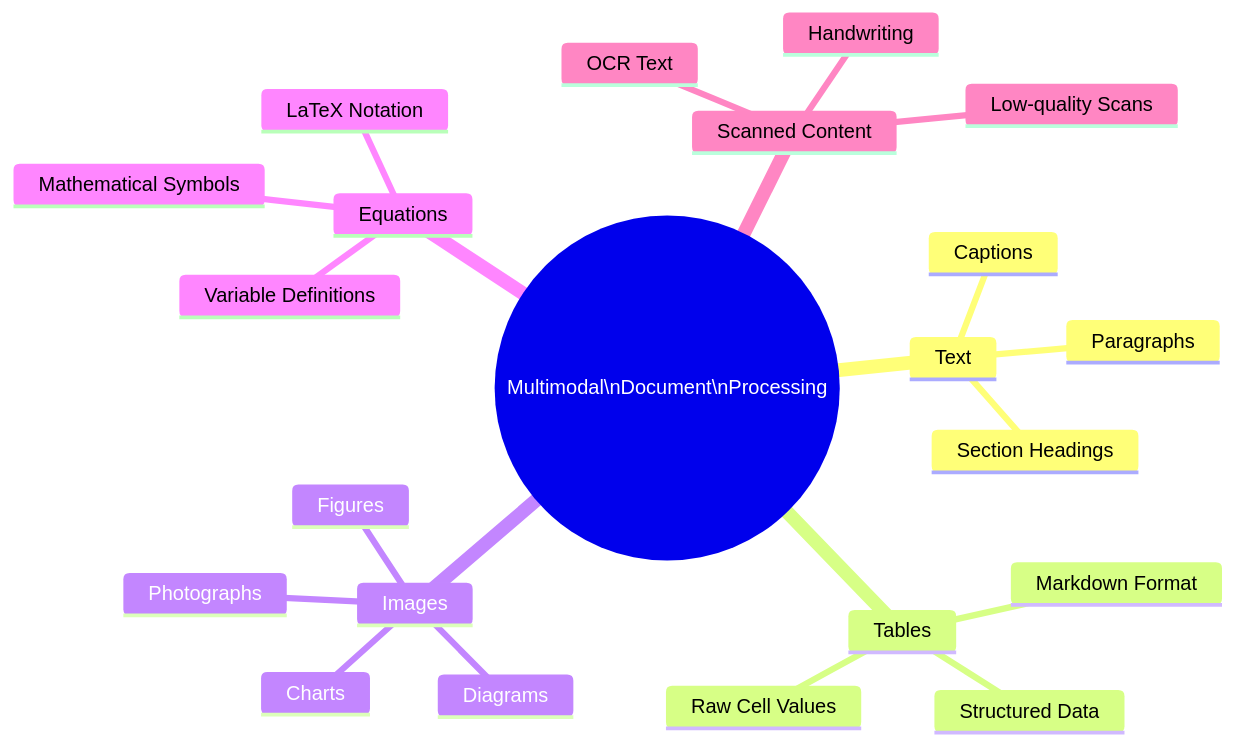
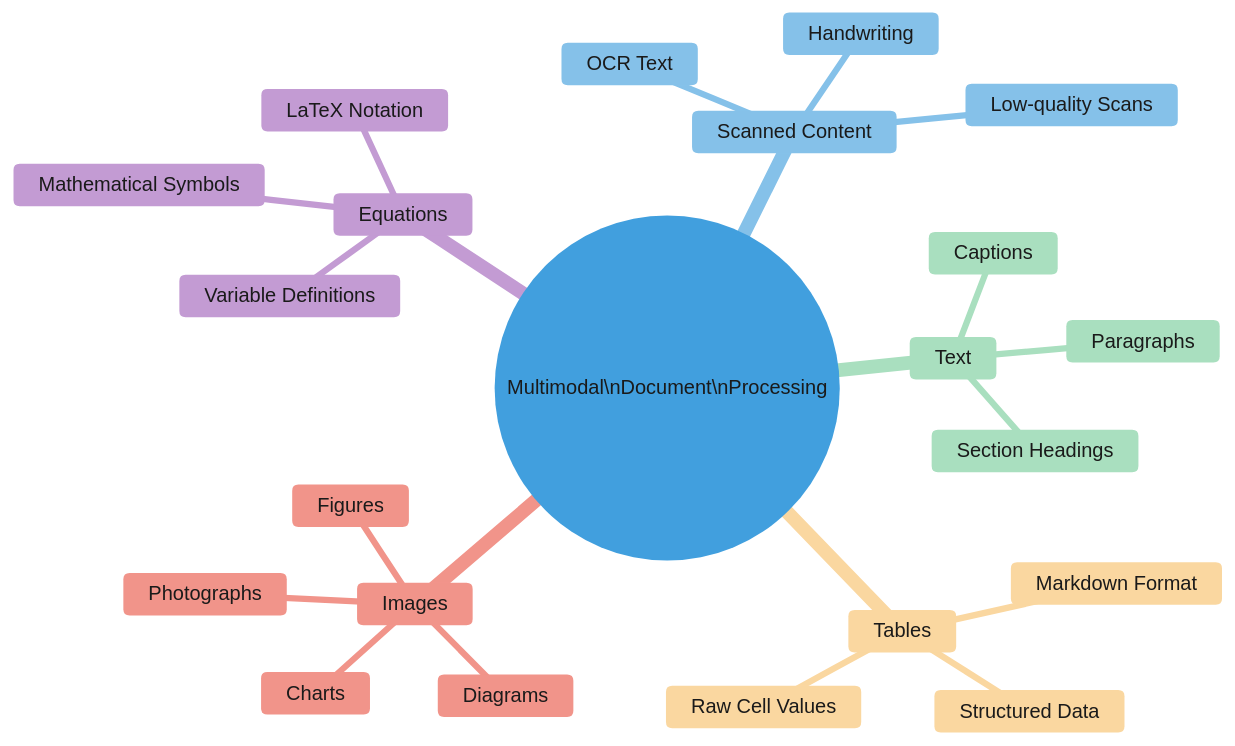
Before and after one commit to Dorai-Sai-Charan/Multimodal-AI-Research-Assistant: the third of 15 diagrams in figures/ALL_MERMAID_DIAGRAMS.md, drawn with Mermaid. The commit also changed 15 other files, not shown here.

````diff
--- a/figures/ALL_MERMAID_DIAGRAMS.md
+++ b/figures/ALL_MERMAID_DIAGRAMS.md
@@ -80,25 +80,26 @@
 ```mermaid
+%%{init: {"theme": "base", "themeVariables": {"primaryColor": "#AED6F1", "primaryTextColor": "#1A1A1A", "primaryBorderColor": "#2E86C1", "lineColor": "#2E86C1", "secondaryColor": "#A9DFBF", "tertiaryColor": "#FAD7A0", "mainBkg": "#AED6F1", "nodeBorder": "#2E86C1", "cScale0": "#AED6F1", "cScale1": "#A9DFBF", "cScale2": "#FAD7A0", "cScale3": "#F1948A", "cScale4": "#C39BD3", "cScale5": "#85C1E9", "cScale6": "#82E0AA", "cScale7": "#F7DC6F", "cScale8": "#D2B4DE", "cScale9": "#F0B27A", "cScaleLabel0": "#1A1A1A", "cScaleLabel1": "#1A1A1A", "cScaleLabel2": "#1A1A1A", "cScaleLabel3": "#1A1A1A", "cScaleLabel4": "#1A1A1A", "cScaleLabel5": "#1A1A1A", "cScaleLabel6": "#1A1A1A", "cScaleLabel7": "#1A1A1A"}}}%%
 mindmap
   root((Multimodal\nDocument\nProcessing))
     Text
       Section Headings
       Paragraphs
       Captions
     Tables
       Structured Data
       Markdown Format
       Raw Cell Values
     Images
       Figures
       Charts
       Diagrams
       Photographs
     Equations
       LaTeX Notation
       Mathematical Symbols
       Variable Definitions
     Scanned Content
       OCR Text
       Handwriting
       Low-quality Scans
 ```
````
